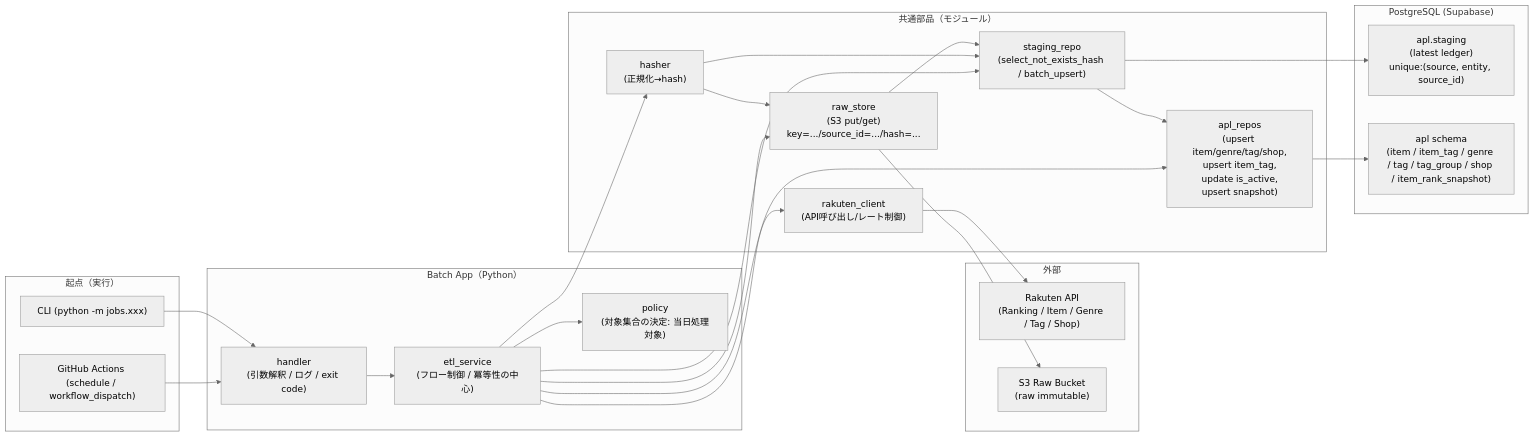
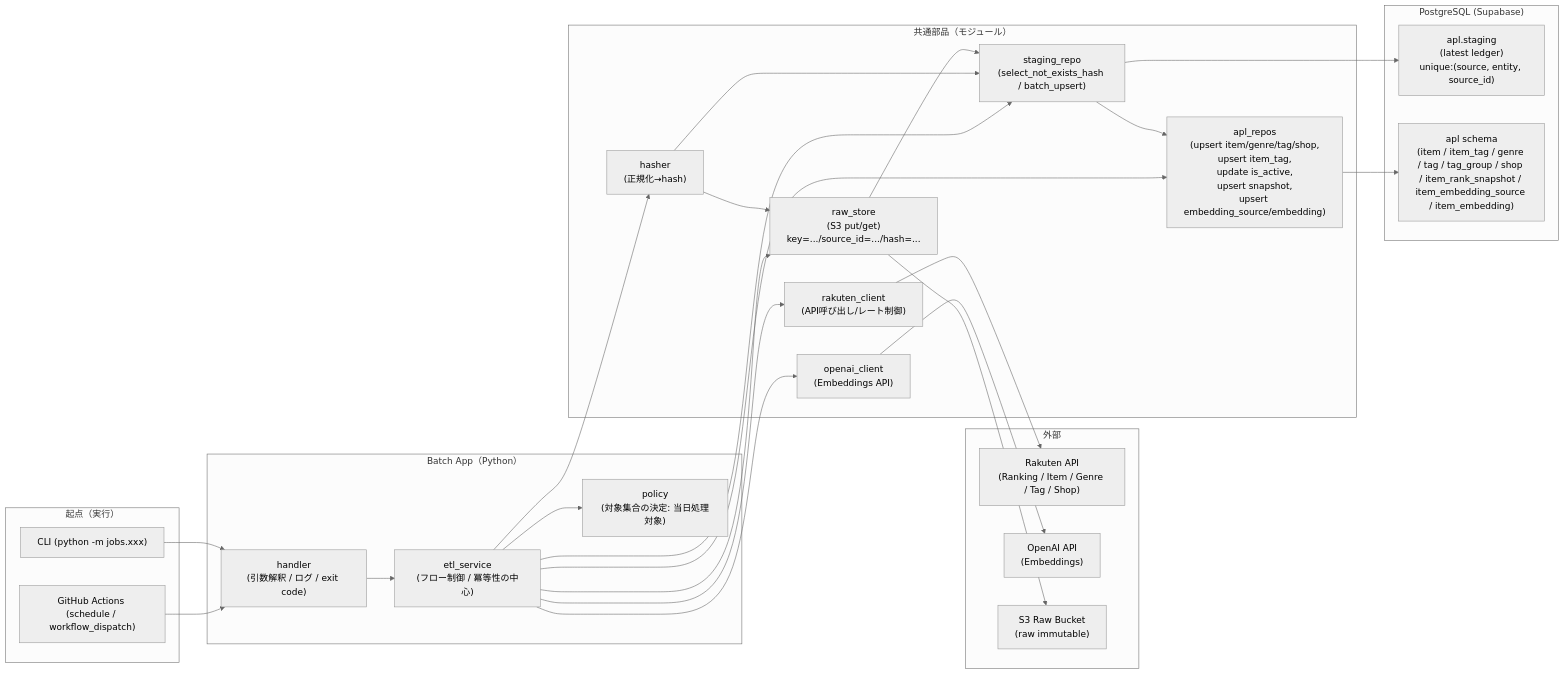
One commit to ryo-chan-k6/GiftRecommendAPP_MVP_CYCLE_2 changed the first of 4 diagrams in apps/batch/etl/specs/common/共通アーキテクチャ図＋データフロー図.md. Above: the diagram before and after it, drawn with Mermaid (neutral theme). The commit also changed other lines of this file and 13 other files, not shown here.

````diff
--- a/apps/batch/etl/specs/common/共通アーキテクチャ図＋データフロー図.md
+++ b/apps/batch/etl/specs/common/共通アーキテクチャ図＋データフロー図.md
@@ -5,62 +5,66 @@
 ```mermaid
 flowchart LR
   %% ========== Entry ==========
   subgraph Entry["起点（実行）"]
     GH["GitHub Actions (schedule / workflow_dispatch)"]
     CLI["CLI (python -m jobs.xxx)"]
   end
 
   %% ========== Handler / Orchestration ==========
   subgraph App["Batch App（Python）"]
     H["handler<br/>(引数解釈 / ログ / exit code)"]
     SVC["etl_service<br/>(フロー制御 / 冪等性の中心)"]
     POL["policy<br/>(対象集合の決定: 当日処理対象)"]
   end
 
   %% ========== External ==========
   subgraph Ext["外部"]
     RAK["Rakuten API<br/>(Ranking / Item / Genre / Tag / Shop)"]
+    OAI["OpenAI API<br/>(Embeddings)"]
     S3["S3 Raw Bucket<br/>(raw immutable)"]
   end
 
   %% ========== DB ==========
   subgraph DB["PostgreSQL (Supabase)"]
     STG["apl.staging<br/>(latest ledger)<br/>unique:(source, entity, source_id)"]
-    APL["apl schema<br/>(item / item_tag / genre / tag / tag_group / shop / item_rank_snapshot)"]
+    APL["apl schema<br/>(item / item_tag / genre / tag / tag_group / shop / item_rank_snapshot / item_embedding_source / item_embedding)"]
   end
 
   %% ========== Components ==========
   subgraph Lib["共通部品（モジュール）"]
     RC["rakuten_client<br/>(API呼び出し/レート制御)"]
+    OC["openai_client<br/>(Embeddings API)"]
     HS["hasher<br/>(正規化→hash)"]
     RS["raw_store<br/>(S3 put/get)<br/>key=.../source_id=.../hash=..."]
     SR["staging_repo<br/>(select_not_exists_hash / batch_upsert)"]
-    AR["apl_repos<br/>(upsert item/genre/tag/shop,<br/>upsert item_tag,<br/>update is_active,<br/>upsert snapshot)"]
+    AR["apl_repos<br/>(upsert item/genre/tag/shop,<br/>upsert item_tag,<br/>update is_active,<br/>upsert snapshot,<br/>upsert embedding_source/embedding)"]
   end
 
   %% ========== Wiring ==========
   GH --> H
   CLI --> H
   H --> SVC
   SVC --> POL
 
   SVC --> RC
   RC --> RAK
+  SVC --> OC
+  OC --> OAI
 
   SVC --> HS
   SVC --> SR
   SR --> STG
 
   SVC --> RS
   RS --> S3
 
   SVC --> AR
   AR --> APL
 
   %% data dependencies
   HS --> SR
   HS --> RS
   SR --> AR
   RS --> SR
 
 ```
````
